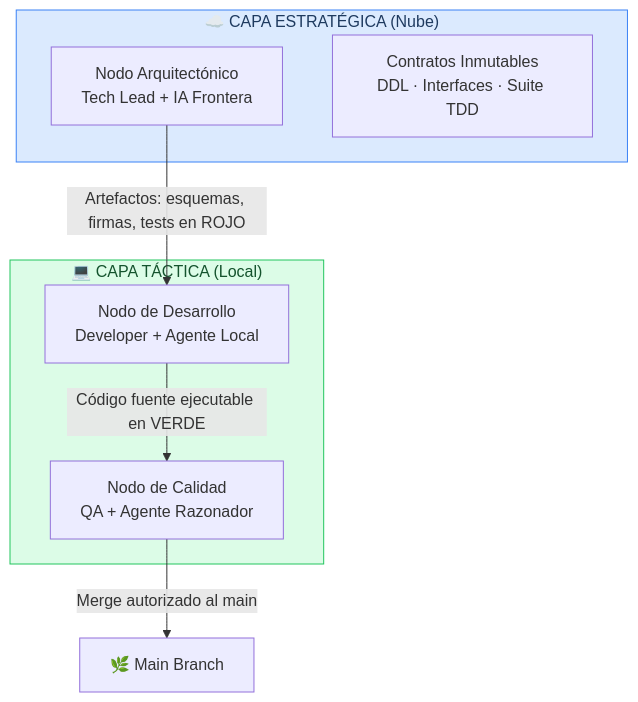
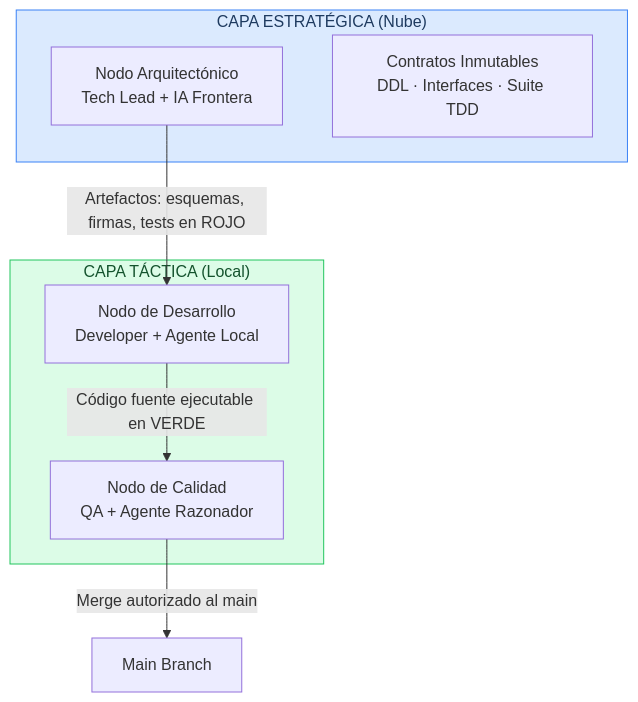
One commit to brunoguzman-dev/H-AXP changed the first of 4 diagrams in README.md. Above: the diagram before and after it, drawn with Mermaid. The commit also changed other lines of this file and 9 other files, not shown here.

````diff
--- a/README.md
+++ b/README.md
@@ -28,19 +28,19 @@
 ```mermaid
 graph TB
-    subgraph NUBE["☁️ CAPA ESTRATÉGICA (Nube)"]
+    subgraph NUBE["CAPA ESTRATÉGICA (Nube)"]
         A[Nodo Arquitectónico<br/>Tech Lead + IA Frontera]
         B[Contratos Inmutables<br/>DDL · Interfaces · Suite TDD]
     end
 
-    subgraph LOCAL["💻 CAPA TÁCTICA (Local)"]
+    subgraph LOCAL["CAPA TÁCTICA (Local)"]
         C[Nodo de Desarrollo<br/>Developer + Agente Local]
         D[Nodo de Calidad<br/>QA + Agente Razonador]
     end
 
     A -->|"Artefactos: esquemas, firmas, tests en ROJO"| C
     C -->|"Código fuente ejecutable en VERDE"| D
-    D -->|"Merge autorizado al main"| E[🌿 Main Branch]
+    D -->|"Merge autorizado al main"| E[Main Branch]
 
     style NUBE fill:#dbeafe,stroke:#3b82f6,color:#1e3a5f
     style LOCAL fill:#dcfce7,stroke:#22c55e,color:#14532d
 ```
````
